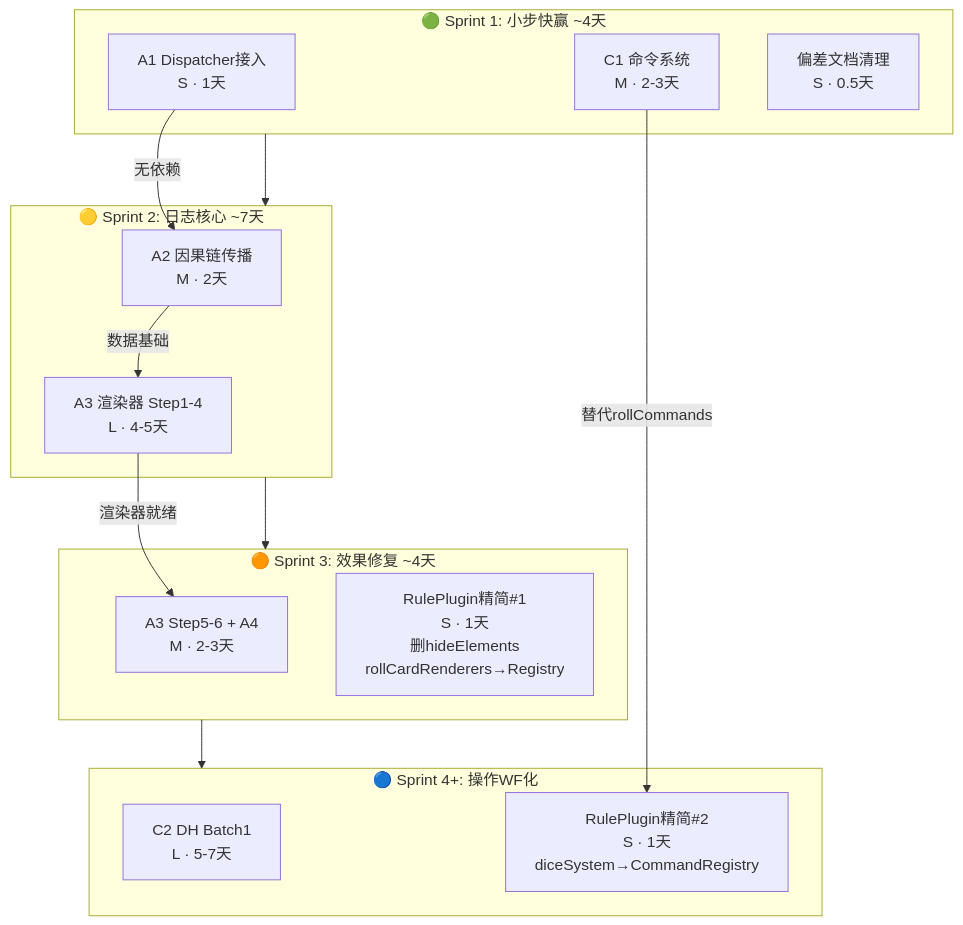
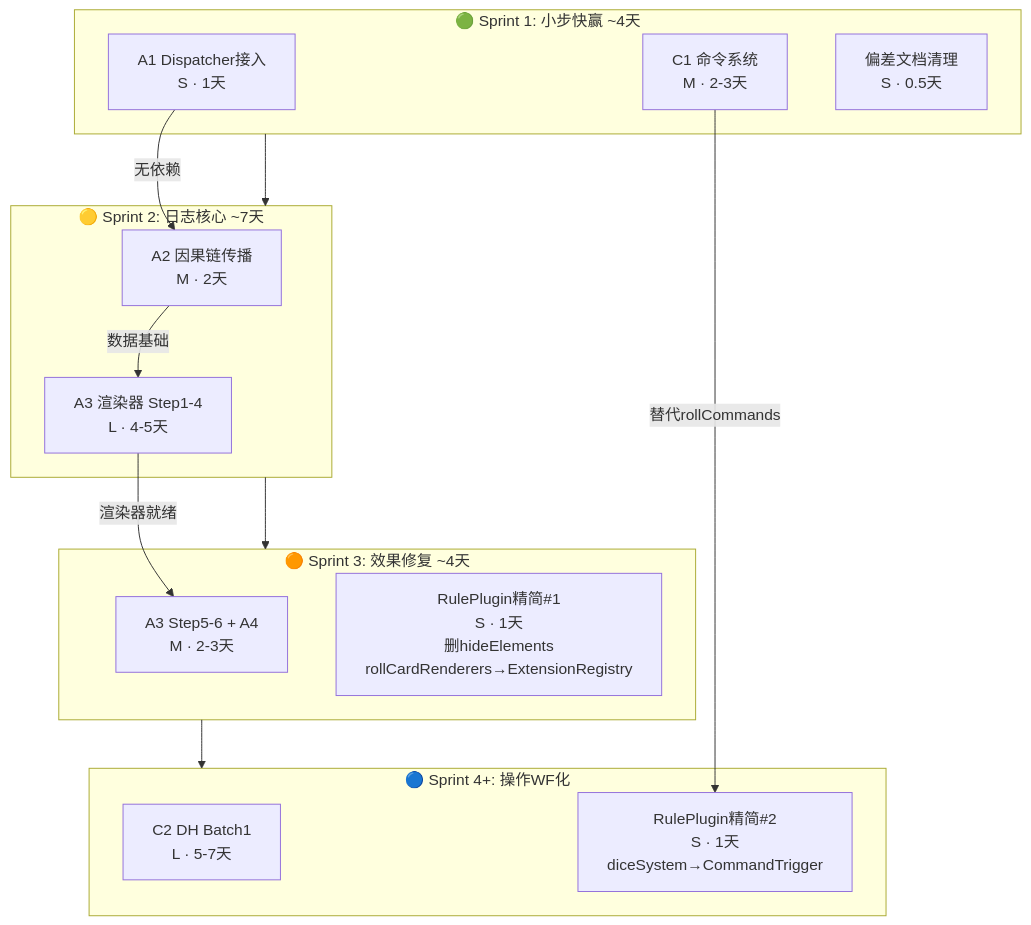
Diagram 15 of 18 in docs/design/17-插件系统演进路线.md (RidRisR/myVTT), drawn with Mermaid before and after one commit. The commit also changed other lines of this file and 47 other files, not shown here.

````diff
--- a/docs/design/17-插件系统演进路线.md
+++ b/docs/design/17-插件系统演进路线.md
@@ -575,30 +576,30 @@
 ```mermaid
 graph TD
     subgraph Sprint1["🟢 Sprint 1: 小步快赢 ~4天"]
         A1s["A1 Dispatcher接入<br/>S · 1天"]
         C1s["C1 命令系统<br/>M · 2-3天"]
         DOCs["偏差文档清理<br/>S · 0.5天"]
     end
 
     subgraph Sprint2["🟡 Sprint 2: 日志核心 ~7天"]
         A2s["A2 因果链传播<br/>M · 2天"]
         A3as["A3 渲染器 Step1-4<br/>L · 4-5天"]
     end
 
     subgraph Sprint3["🟠 Sprint 3: 效果修复 ~4天"]
         A3bs["A3 Step5-6 + A4<br/>M · 2-3天"]
-        RP1s["RulePlugin精简#1<br/>S · 1天<br/>删hideElements<br/>rollCardRenderers→Registry"]
+        RP1s["RulePlugin精简#1<br/>S · 1天<br/>删hideElements<br/>rollCardRenderers→ExtensionRegistry"]
     end
 
     subgraph Sprint4["🔵 Sprint 4+: 操作WF化"]
         C2s["C2 DH Batch1<br/>L · 5-7天"]
-        RP2s["RulePlugin精简#2<br/>S · 1天<br/>diceSystem→CommandRegistry"]
+        RP2s["RulePlugin精简#2<br/>S · 1天<br/>diceSystem→CommandTrigger"]
     end
 
     Sprint1 --> Sprint2 --> Sprint3 --> Sprint4
 
     A1s -->|"无依赖"| A2s
     A2s -->|"数据基础"| A3as
     A3as -->|"渲染器就绪"| A3bs
     C1s -->|"替代rollCommands"| RP2s
 ```
````
